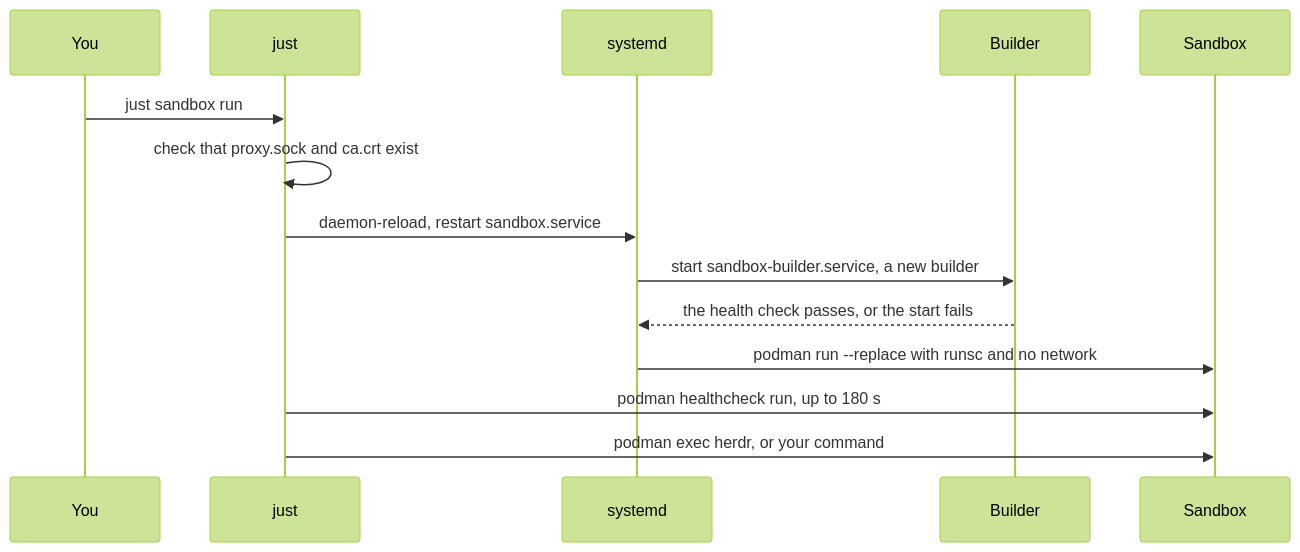
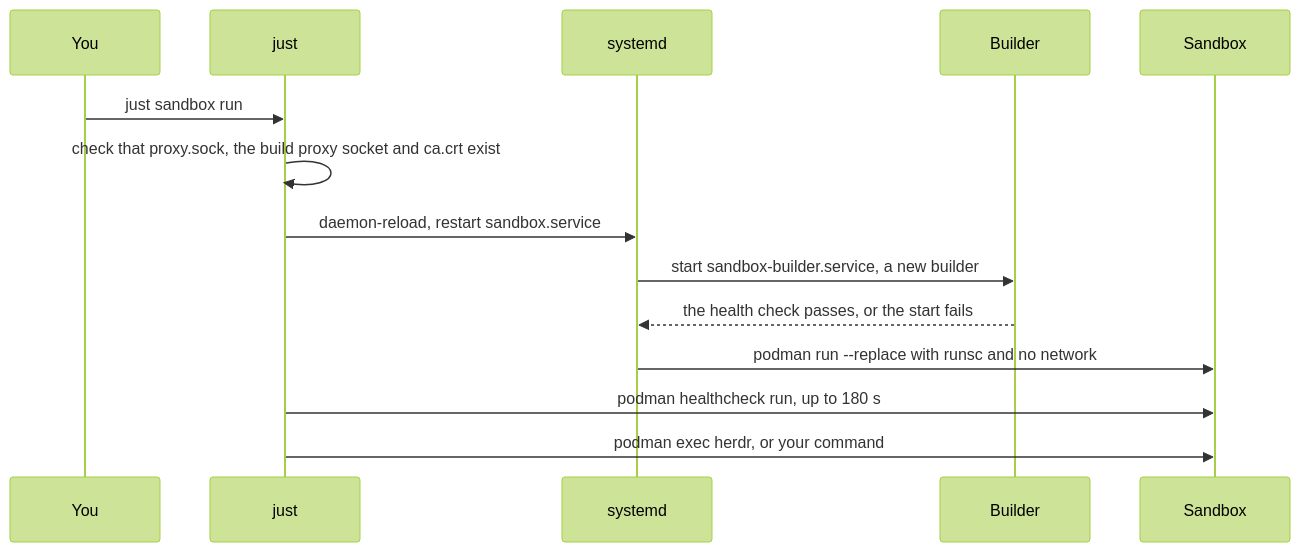
The second of 4 diagrams in .sandbox/README.md (raghav19/engineersdaybook), drawn with Mermaid (forest theme) before and after one commit. The commit also changed other lines of this file and 21 other files, not shown here.

First line of the commit message:
sandbox: build with docker and buildx through a build proxy

````diff
--- a/.sandbox/README.md
+++ b/.sandbox/README.md
@@ -129,16 +140,16 @@
 ```mermaid
 sequenceDiagram
     participant You
     participant just
     participant systemd
     participant Builder
     participant Sandbox
     You->>just: just sandbox run
-    just->>just: check that proxy.sock and ca.crt exist
+    just->>just: check that proxy.sock, the build proxy socket and ca.crt exist
     just->>systemd: daemon-reload, restart sandbox.service
     systemd->>Builder: start sandbox-builder.service, a new builder
     Builder-->>systemd: the health check passes, or the start fails
     systemd->>Sandbox: podman run --replace with runsc and no network
     just->>Sandbox: podman healthcheck run, up to 180 s
     just->>Sandbox: podman exec herdr, or your command
 ```
````
